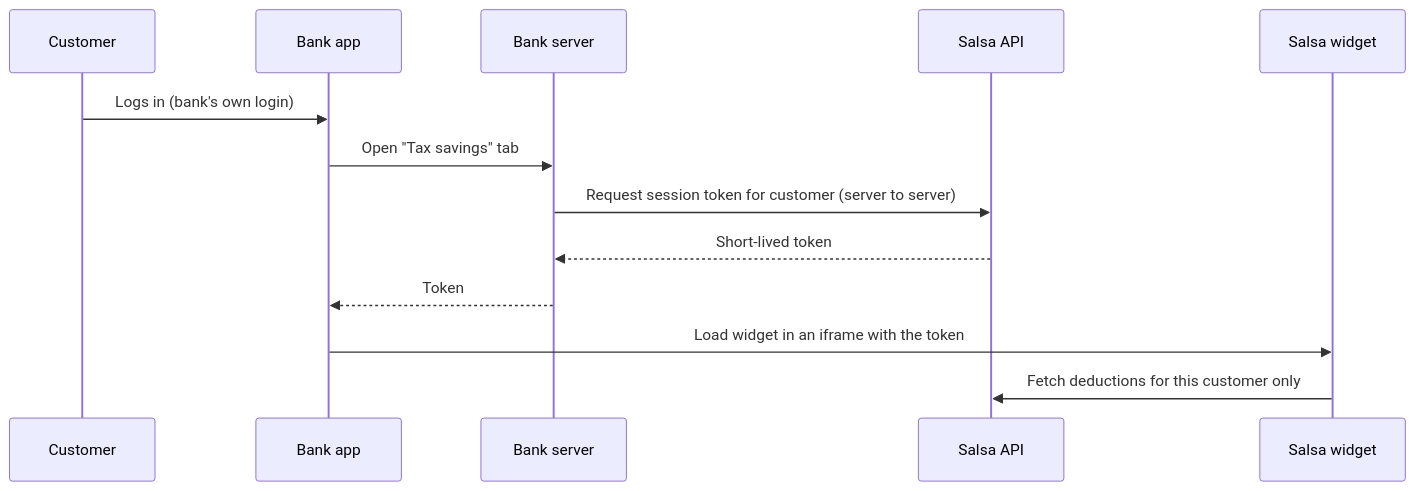
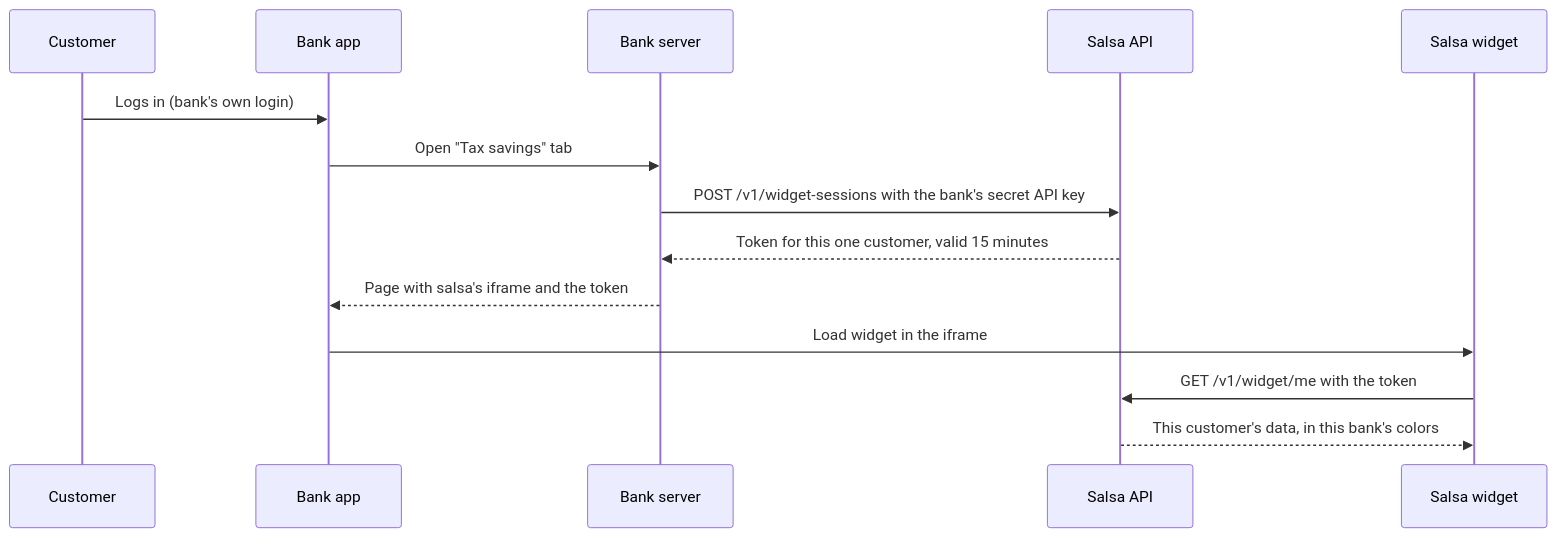
Before and after one commit to godthefather1952/salsa: the diagram in README.md, drawn with Mermaid. The commit also changed other lines of this file and 50 other files, not shown here.

First line of the commit message:
Add a local sandbox: two fake banks embedding the salsa widget

````diff
--- a/README.md
+++ b/README.md
@@ -18,15 +18,16 @@
 ```mermaid
 sequenceDiagram
     participant C as Customer
     participant B as Bank app
     participant BS as Bank server
     participant S as Salsa API
     participant W as Salsa widget
     C->>B: Logs in (bank's own login)
     B->>BS: Open "Tax savings" tab
-    BS->>S: Request session token for customer (server to server)
-    S-->>BS: Short-lived token
-    BS-->>B: Token
-    B->>W: Load widget in an iframe with the token
-    W->>S: Fetch deductions for this customer only
+    BS->>S: POST /v1/widget-sessions with the bank's secret API key
+    S-->>BS: Token for this one customer, valid 15 minutes
+    BS-->>B: Page with salsa's iframe and the token
+    B->>W: Load widget in the iframe
+    W->>S: GET /v1/widget/me with the token
+    S-->>W: This customer's data, in this bank's colors
 ```
````
